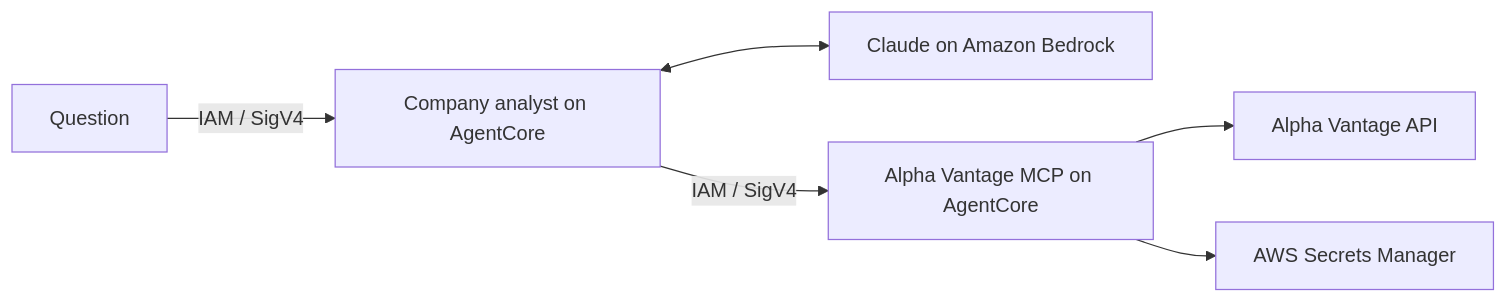
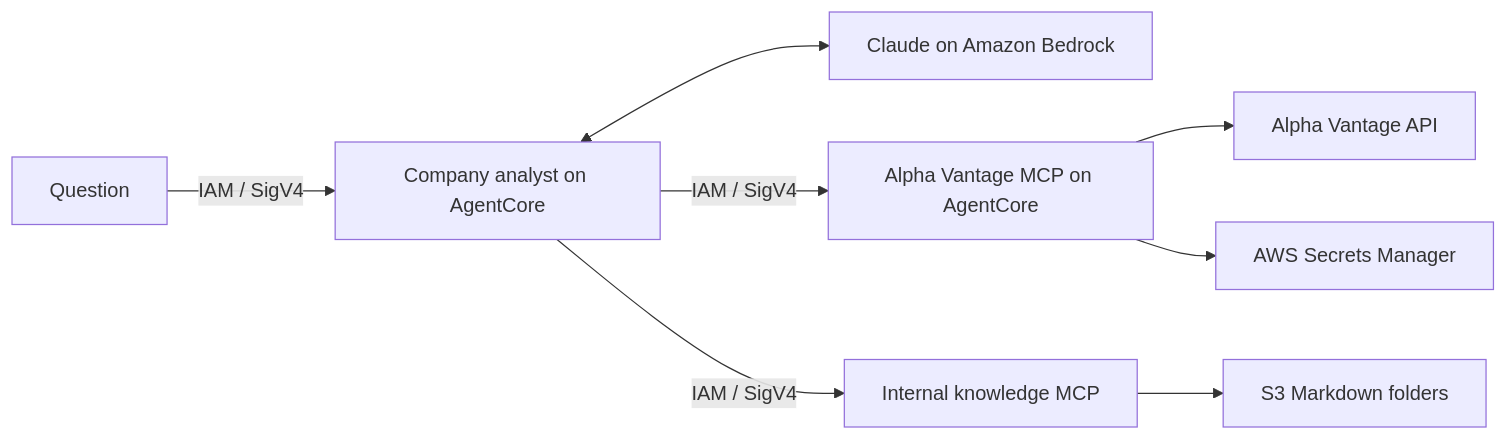
Before and after one commit to weijianzhg/company-analysis-demo: the diagram in docs/faq.md, drawn with Mermaid. The commit also changed other lines of this file and 47 other files, not shown here.

Commit message:
Add S3 internal knowledge MCP and live tool progress (#1)

````diff
--- a/docs/faq.md
+++ b/docs/faq.md
@@ -33,8 +33,10 @@
 ```mermaid
 flowchart LR
     User[Question] -->|IAM / SigV4| Agent[Company analyst on AgentCore]
     Agent <--> Bedrock[Claude on Amazon Bedrock]
     Agent -->|IAM / SigV4| MCP[Alpha Vantage MCP on AgentCore]
     MCP --> API[Alpha Vantage API]
     MCP --> Secret[AWS Secrets Manager]
+    Agent -->|IAM / SigV4| Knowledge[Internal knowledge MCP]
+    Knowledge --> S3[S3 Markdown folders]
 ```
````
